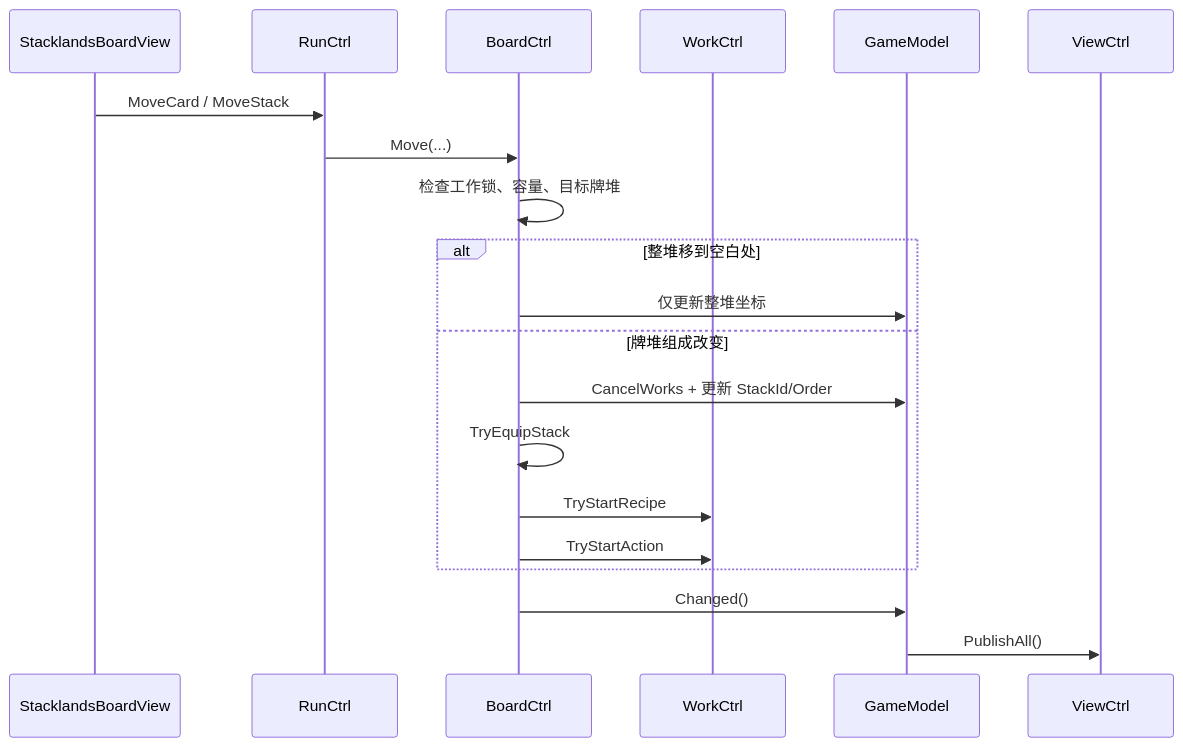
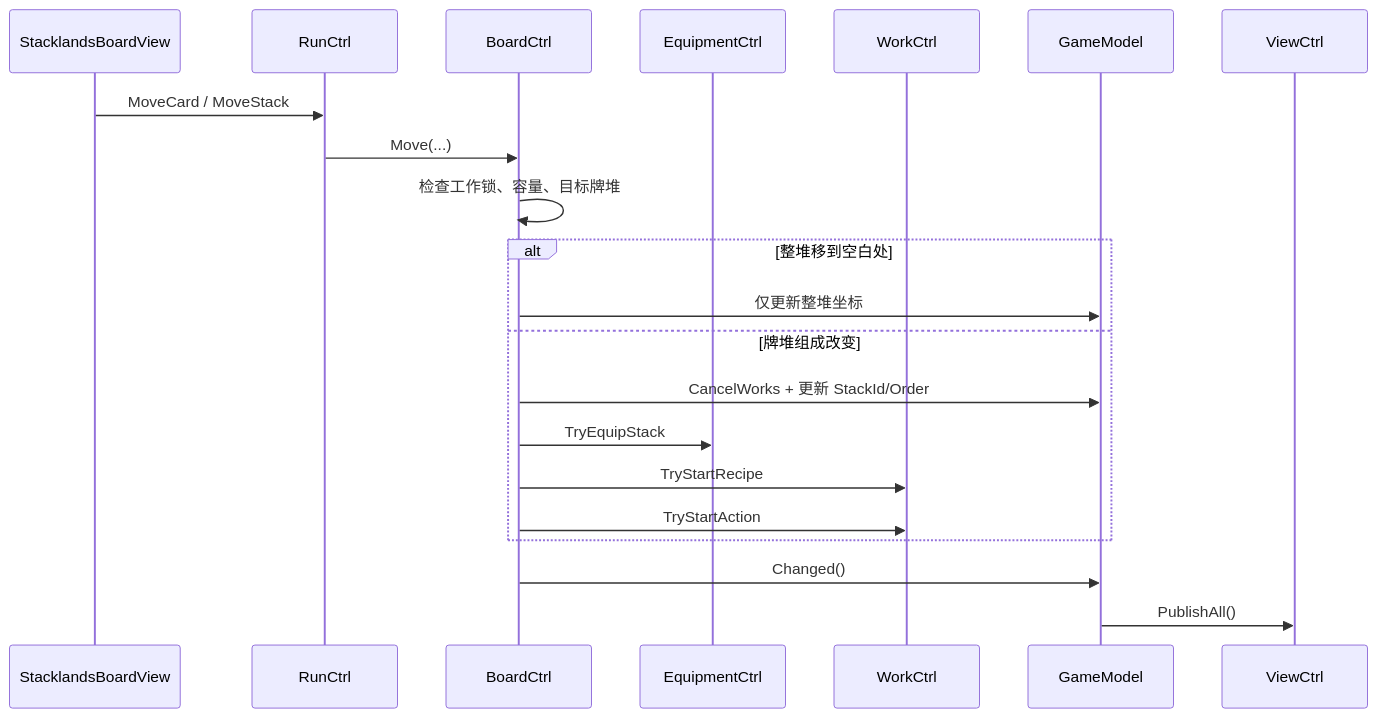
One commit to raywang3543/TEngine changed the fifth of 5 diagrams in Books/Stacklands-Core代码结构与调用关系.md. Above: the diagram before and after it, drawn with Mermaid. The commit also changed other lines of this file and 10 other files, not shown here.

````diff
--- a/Books/Stacklands-Core代码结构与调用关系.md
+++ b/Books/Stacklands-Core代码结构与调用关系.md
@@ -318,23 +330,24 @@
 ```mermaid
 sequenceDiagram
     participant View as StacklandsBoardView
     participant Run as RunCtrl
     participant Board as BoardCtrl
+    participant Equip as EquipmentCtrl
     participant Work as WorkCtrl
     participant Model as GameModel
     participant VC as ViewCtrl
 
     View->>Run: MoveCard / MoveStack
     Run->>Board: Move(...)
     Board->>Board: 检查工作锁、容量、目标牌堆
     alt 整堆移到空白处
         Board->>Model: 仅更新整堆坐标
     else 牌堆组成改变
         Board->>Model: CancelWorks + 更新 StackId/Order
-        Board->>Board: TryEquipStack
+        Board->>Equip: TryEquipStack
         Board->>Work: TryStartRecipe
         Board->>Work: TryStartAction
     end
     Board->>Model: Changed()
     Model->>VC: PublishAll()
 ```
````
